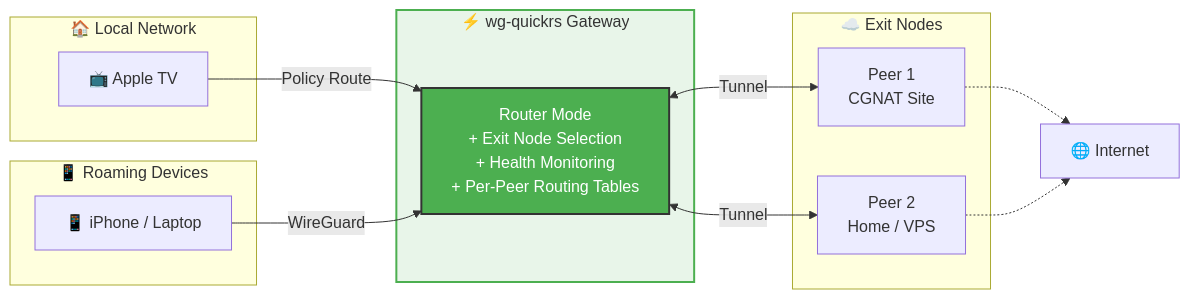
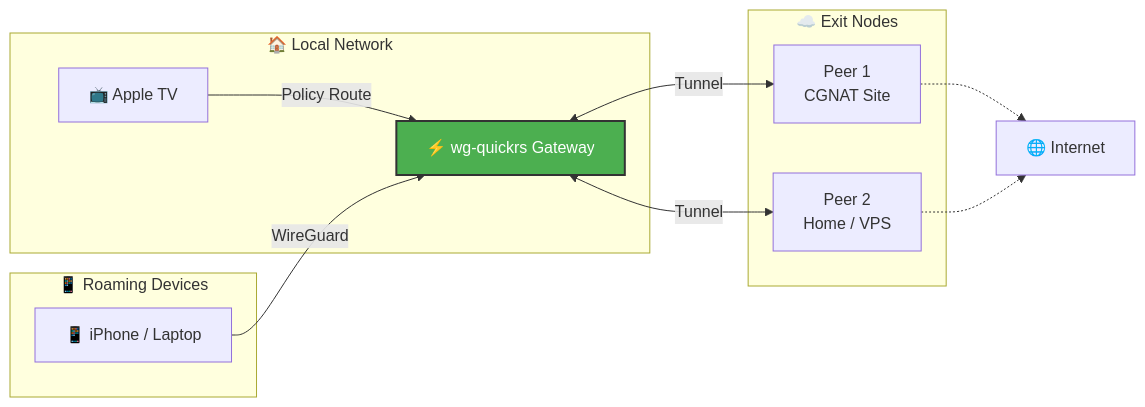
The diagram in README.md (grizzy255/wg-quickrs-router), drawn with Mermaid before and after one commit.

Commit message:
fix: Remove HTML tags from mermaid diagram for GitHub compatibility

````diff
--- a/README.md
+++ b/README.md
@@ -33,33 +33,29 @@
 ```mermaid
 flowchart LR
     subgraph LAN ["🏠 Local Network"]
         ATV["📺 Apple TV"]
+        Gateway["⚡ wg-quickrs Gateway"]
     end
 
     subgraph Roaming ["📱 Roaming Devices"]
         iPhone["📱 iPhone / Laptop"]
-    end
-
-    subgraph GW ["⚡ wg-quickrs Gateway"]
-        Gateway["Router Mode\n+ Exit Node Selection\n+ Health Monitoring\n+ Per-Peer Routing Tables"]
     end
 
     subgraph Remote ["☁️ Exit Nodes"]
         Remote1["Peer 1\nCGNAT Site"]
         Remote2["Peer 2\nHome / VPS"]
     end
 
     World["🌐 Internet"]
 
     ATV -->|Policy Route| Gateway
     iPhone -->|WireGuard| Gateway
     
     Gateway <-->|Tunnel| Remote1
     Gateway <-->|Tunnel| Remote2
     
     Remote1 -.-> World
     Remote2 -.-> World
 
     style Gateway fill:#4CAF50,stroke:#333,stroke-width:2px,color:#fff
-    style GW fill:#e8f5e9,stroke:#4CAF50,stroke-width:2px
 ```
````
